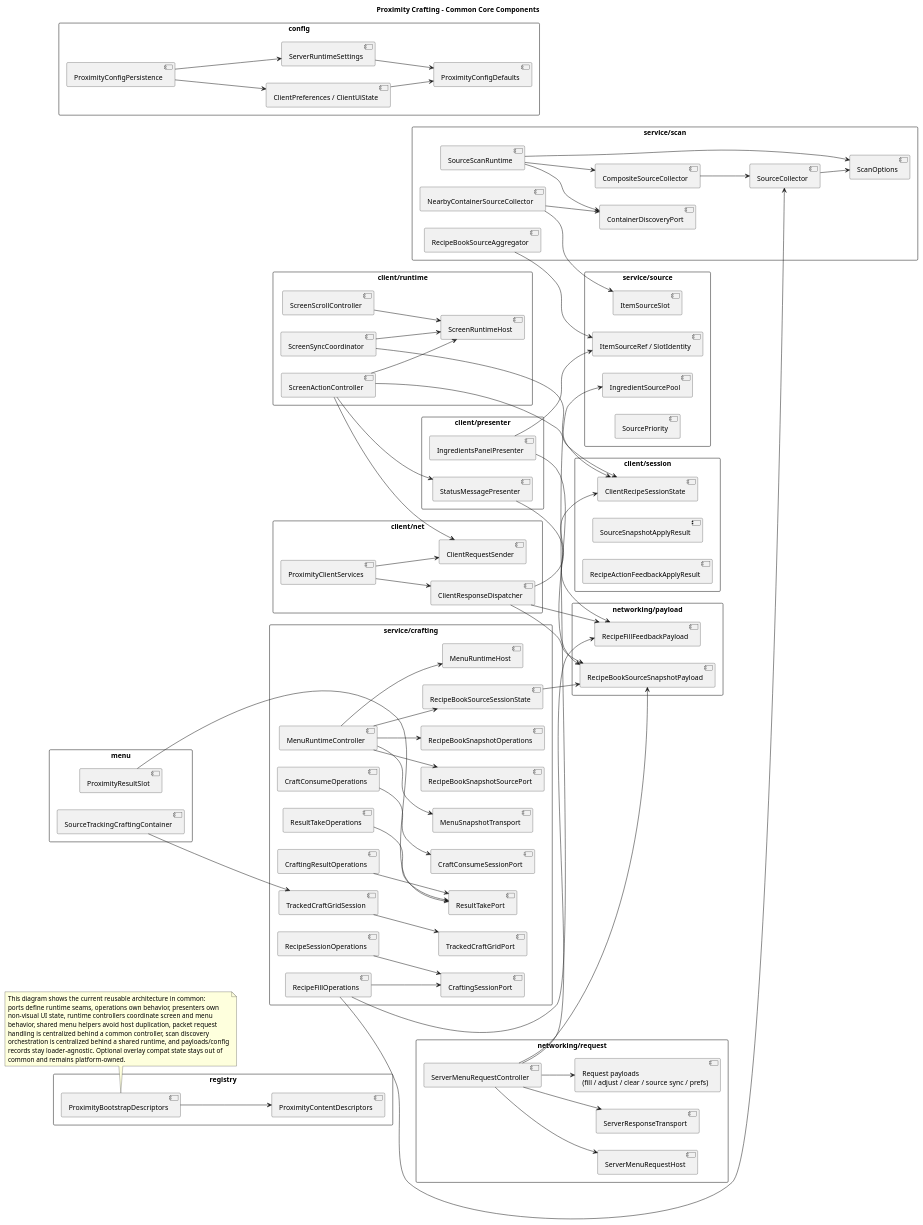
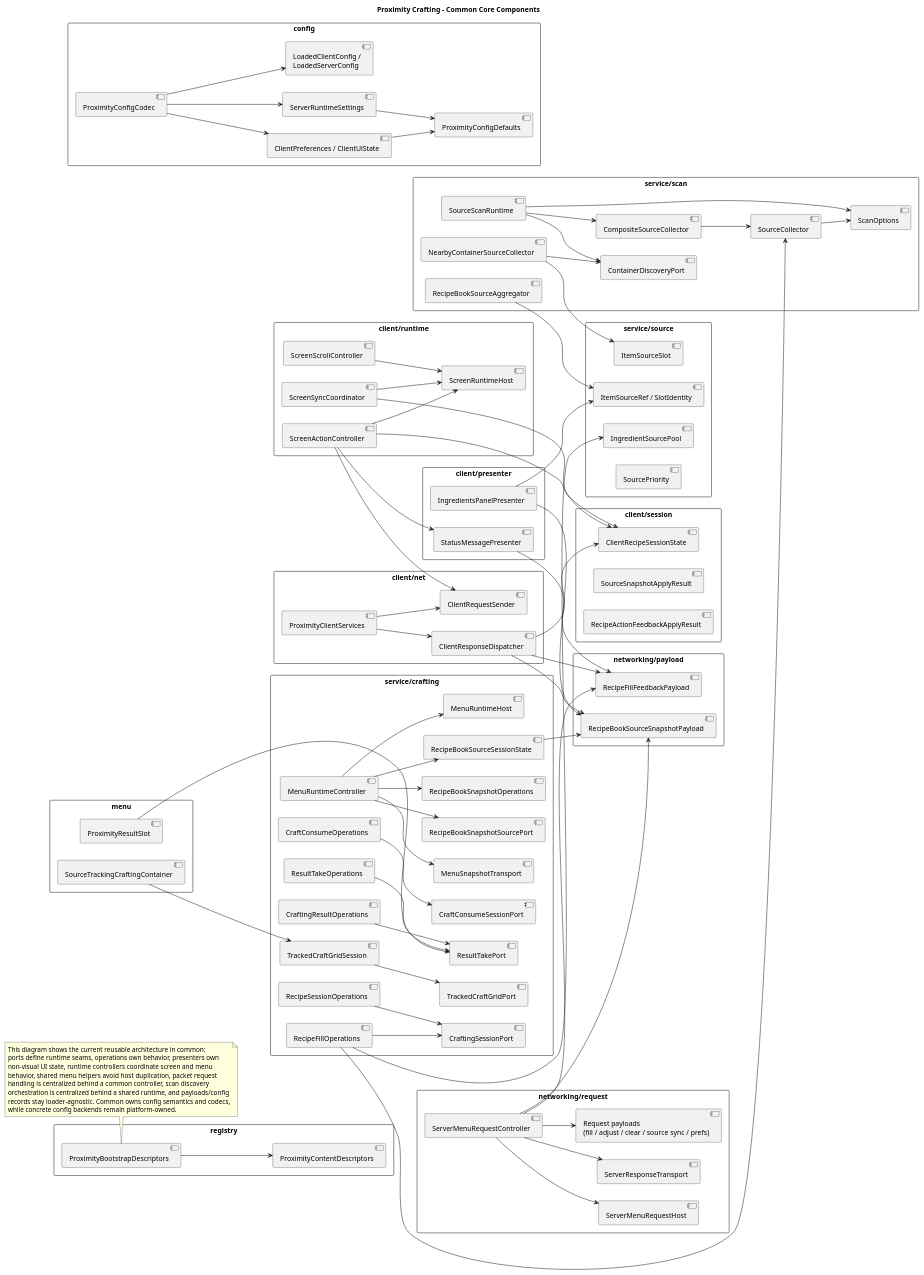
One commit to Maeiro/Nearby-Crafting changed the diagram in docs/architecture/02-common-core-components.puml. Above: the diagram before and after it, drawn with PlantUML. The commit also changed 14 other files, not shown here.

Commit message:
refactor(config): separate shared codec from platform bindings

```diff
--- a/docs/architecture/02-common-core-components.puml
+++ b/docs/architecture/02-common-core-components.puml
@@ -1,161 +1,163 @@
 @startuml
 title Proximity Crafting - Common Core Components
 left to right direction
 skinparam shadowing false
 skinparam packageStyle rectangle
 
 package "service/source" as SourcePkg {
   component "ItemSourceSlot" as ItemSourceSlot
   component "IngredientSourcePool" as IngredientSourcePool
   component "ItemSourceRef / SlotIdentity" as ItemSourceRef
   component "SourcePriority" as SourcePriority
 }
 
 package "service/scan" as ScanPkg {
   component "SourceCollector" as SourceCollector
   component "ContainerDiscoveryPort" as ContainerDiscoveryPort
   component "SourceScanRuntime" as SourceScanRuntime
   component "CompositeSourceCollector" as CompositeCollector
   component "NearbyContainerSourceCollector" as NearbyCollector
   component "RecipeBookSourceAggregator" as SourceAggregator
   component "ScanOptions" as ScanOptions
 }
 
 package "service/crafting" as CraftingPkg {
   component "CraftingSessionPort" as CraftingSessionPort
   component "CraftConsumeSessionPort" as CraftConsumeSessionPort
   component "ResultTakePort" as ResultTakePort
   component "TrackedCraftGridPort" as TrackedGridPort
   component "MenuRuntimeHost" as MenuRuntimeHost
   component "MenuSnapshotTransport" as MenuSnapshotTransport
   component "RecipeBookSnapshotSourcePort" as SnapshotSourcePort
   component "RecipeBookSnapshotOperations" as SnapshotOps
   component "MenuRuntimeController" as MenuRuntimeController
   component "RecipeFillOperations" as RecipeFillOps
   component "CraftConsumeOperations" as CraftConsumeOps
   component "CraftingResultOperations" as CraftingResultOps
   component "RecipeSessionOperations" as RecipeSessionOps
   component "ResultTakeOperations" as ResultTakeOps
   component "TrackedCraftGridSession" as TrackedGridSession
   component "RecipeBookSourceSessionState" as RecipeBookSession
 }
 
 package "menu" as MenuPkg {
   component "SourceTrackingCraftingContainer" as TrackedContainer
   component "ProximityResultSlot" as SharedResultSlot
 }
 
 package "client/net" as ClientNetPkg {
   component "ClientRequestSender" as ClientRequestSender
   component "ClientResponseDispatcher" as ClientResponseDispatcher
   component "ProximityClientServices" as ProximityClientServices
 }
 
 package "networking/request" as ServerRequestPkg {
   component "ServerMenuRequestHost" as ServerMenuRequestHost
   component "ServerResponseTransport" as ServerResponseTransport
   component "ServerMenuRequestController" as ServerMenuRequestController
   component "Request payloads\n(fill / adjust / clear / source sync / prefs)" as RequestPayloads
 }
 
 package "client/session" as ClientSessionPkg {
   component "ClientRecipeSessionState" as ClientRecipeSessionState
   component "SourceSnapshotApplyResult" as SourceSnapshotApplyResult
   component "RecipeActionFeedbackApplyResult" as RecipeActionFeedbackApplyResult
 }
 
 package "client/runtime" as ClientRuntimePkg {
   component "ScreenRuntimeHost" as ScreenRuntimeHost
   component "ScreenActionController" as ScreenActionController
   component "ScreenSyncCoordinator" as ScreenSyncCoordinator
   component "ScreenScrollController" as ScreenScrollController
 }
 
 package "client/presenter" as PresenterPkg {
   component "IngredientsPanelPresenter" as IngredientsPanelPresenter
   component "StatusMessagePresenter" as StatusMessagePresenter
 }
 
 package "config" as ConfigPkg {
   component "ProximityConfigDefaults" as ProximityConfigDefaults
   component "ClientPreferences / ClientUiState" as ClientConfigModels
   component "ServerRuntimeSettings" as ServerRuntimeSettings
-  component "ProximityConfigPersistence" as ConfigPersistence
+  component "LoadedClientConfig /\nLoadedServerConfig" as LoadedConfigs
+  component "ProximityConfigCodec" as ConfigCodec
 }
 
 package "networking/payload" as PayloadPkg {
   component "RecipeBookSourceSnapshotPayload" as SnapshotPayload
   component "RecipeFillFeedbackPayload" as FeedbackPayload
 }
 
 package "registry" as RegistryPkg {
   component "ProximityContentDescriptors" as ContentDescriptors
   component "ProximityBootstrapDescriptors" as BootstrapDescriptors
 }
 
 SourceCollector --> ScanOptions
 SourceScanRuntime --> ContainerDiscoveryPort
 SourceScanRuntime --> CompositeCollector
 SourceScanRuntime --> ScanOptions
 CompositeCollector --> SourceCollector
 NearbyCollector --> ContainerDiscoveryPort
 NearbyCollector --> ItemSourceSlot
 SourceAggregator --> ItemSourceRef
 
 RecipeFillOps --> CraftingSessionPort
 RecipeFillOps --> SourceCollector
 RecipeFillOps --> IngredientSourcePool
 CraftConsumeOps --> CraftConsumeSessionPort
 CraftingResultOps --> ResultTakePort
 RecipeSessionOps --> CraftingSessionPort
 ResultTakeOps --> ResultTakePort
 MenuRuntimeController --> MenuRuntimeHost
 MenuRuntimeController --> MenuSnapshotTransport
 MenuRuntimeController --> SnapshotSourcePort
 MenuRuntimeController --> SnapshotOps
 MenuRuntimeController --> RecipeBookSession
 ServerMenuRequestController --> ServerMenuRequestHost
 ServerMenuRequestController --> ServerResponseTransport
 ServerMenuRequestController --> RequestPayloads
 ServerMenuRequestController --> FeedbackPayload
 ServerMenuRequestController --> SnapshotPayload
 TrackedGridSession --> TrackedGridPort
 RecipeBookSession --> SnapshotPayload
 TrackedContainer --> TrackedGridSession
 SharedResultSlot --> ResultTakePort
 
 ClientResponseDispatcher --> ClientRecipeSessionState
 ClientResponseDispatcher --> SnapshotPayload
 ClientResponseDispatcher --> FeedbackPayload
 ProximityClientServices --> ClientRequestSender
 ProximityClientServices --> ClientResponseDispatcher
 ScreenActionController --> ScreenRuntimeHost
 ScreenActionController --> ClientRecipeSessionState
 ScreenActionController --> ClientRequestSender
 ScreenActionController --> StatusMessagePresenter
 ScreenSyncCoordinator --> ScreenRuntimeHost
 ScreenSyncCoordinator --> ClientRecipeSessionState
 ScreenScrollController --> ScreenRuntimeHost
 
 IngredientsPanelPresenter --> SnapshotPayload
 IngredientsPanelPresenter --> ItemSourceRef
 StatusMessagePresenter --> FeedbackPayload
 
-ConfigPersistence --> ClientConfigModels
-ConfigPersistence --> ServerRuntimeSettings
+ConfigCodec --> LoadedConfigs
+ConfigCodec --> ClientConfigModels
+ConfigCodec --> ServerRuntimeSettings
 ClientConfigModels --> ProximityConfigDefaults
 ServerRuntimeSettings --> ProximityConfigDefaults
 
 BootstrapDescriptors --> ContentDescriptors
 
 note bottom
 This diagram shows the current reusable architecture in common:
 ports define runtime seams, operations own behavior, presenters own
 non-visual UI state, runtime controllers coordinate screen and menu
 behavior, shared menu helpers avoid host duplication, packet request
 handling is centralized behind a common controller, scan discovery
 orchestration is centralized behind a shared runtime, and payloads/config
-records stay loader-agnostic. Optional overlay compat state stays out of
-common and remains platform-owned.
+records stay loader-agnostic. Common owns config semantics and codecs,
+while concrete config backends remain platform-owned.
 end note
 @enduml
```
